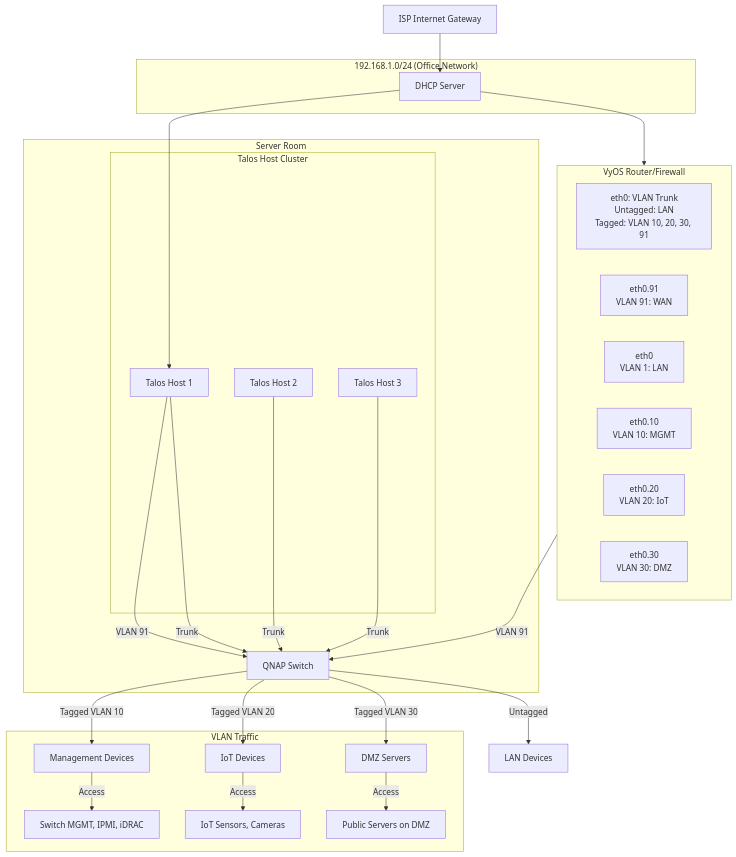
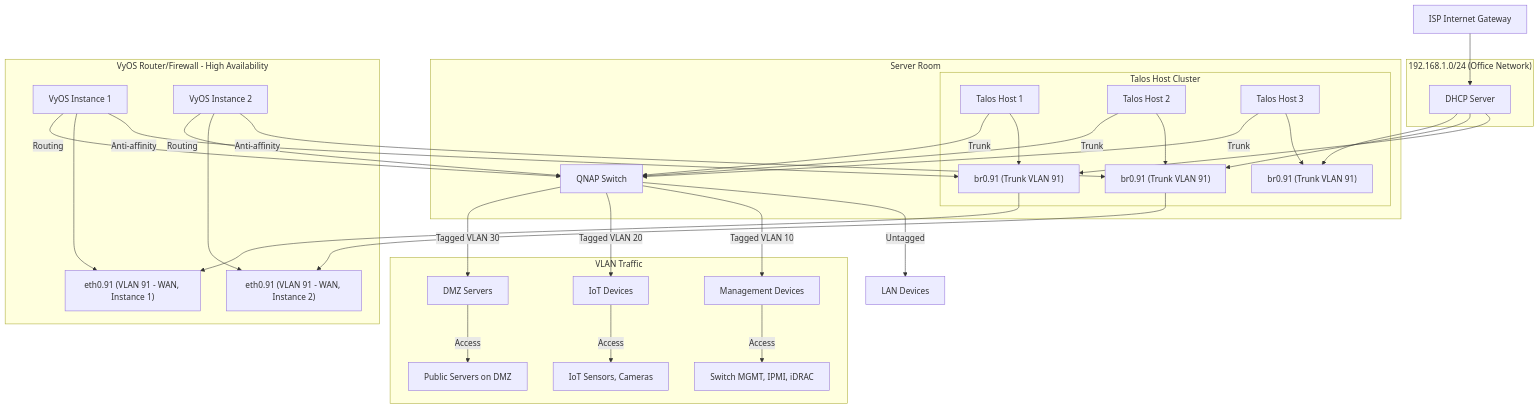
Before and after one commit to ContainerCraft/kc2: the diagram in library/vyos/README.md, drawn with Mermaid. The commit also changed other lines of this file, not shown here.

````diff
--- a/library/vyos/README.md
+++ b/library/vyos/README.md
@@ -110,50 +111,56 @@
 ```mermaid
 graph TD
   subgraph Office_Network["192.168.1.0/24 (Office Network)"]
     DHCP[DHCP Server]
   end
 
   subgraph Server_Room["Server Room"]
     QNAP[QNAP Switch]
+
     subgraph Talos_Host_Cluster["Talos Host Cluster"]
       Talos1["Talos Host 1"]
       Talos2["Talos Host 2"]
       Talos3["Talos Host 3"]
+      Talos1_br0["br0.91 (Trunk VLAN 91)"]
+      Talos2_br0["br0.91 (Trunk VLAN 91)"]
+      Talos3_br0["br0.91 (Trunk VLAN 91)"]
+      Talos1 --> Talos1_br0
+      Talos2 --> Talos2_br0
+      Talos3 --> Talos3_br0
     end
   end
 
-  subgraph VyOS_Router["VyOS Router/Firewall"]
-    eth0[eth0: VLAN Trunk
-Untagged: LAN
-Tagged: VLAN 10, 20, 30, 91]
-    eth0_91[eth0.91
-VLAN 91: WAN]
-    eth0_1[eth0
-VLAN 1: LAN]
-    eth0_10[eth0.10
-VLAN 10: MGMT]
-    eth0_20[eth0.20
-VLAN 20: IoT]
-    eth0_30[eth0.30
-VLAN 30: DMZ]
+  subgraph VyOS_Router_HA["VyOS Router/Firewall - High Availability"]
+    VyOS_VM1["VyOS Instance 1"]
+    VyOS_VM2["VyOS Instance 2"]
+    eth0_91_VM1["eth0.91 (VLAN 91 - WAN, Instance 1)"]
+    eth0_91_VM2["eth0.91 (VLAN 91 - WAN, Instance 2)"]
+    VyOS_VM1 -->|Anti-affinity| Talos1_br0
+    VyOS_VM2 -->|Anti-affinity| Talos2_br0
+    VyOS_VM1 --> eth0_91_VM1
+    VyOS_VM2 --> eth0_91_VM2
+  end
+
+  subgraph VLAN_Traffic["VLAN Traffic"]
+    MGMT -->|Access| MGMT_Devices["Switch MGMT, IPMI, iDRAC"]
+    IoT -->|Access| IoT_Devices["IoT Sensors, Cameras"]
+    DMZ -->|Access| DMZ_VMs["Public Servers on DMZ"]
   end
 
   ISP["ISP Internet Gateway"] --> DHCP
-  DHCP --> Talos1 -->|VLAN 91| QNAP
-  DHCP --> VyOS_Router -->|VLAN 91| QNAP
+  DHCP --> Talos1_br0 --> eth0_91_VM1
+  DHCP --> Talos2_br0 --> eth0_91_VM2
+  DHCP --> Talos3_br0
 
   QNAP -->|Untagged| Server_LAN["LAN Devices"]
   QNAP -->|Tagged VLAN 10| MGMT["Management Devices"]
   QNAP -->|Tagged VLAN 20| IoT["IoT Devices"]
   QNAP -->|Tagged VLAN 30| DMZ["DMZ Servers"]
 
   Talos1 -->|Trunk| QNAP
   Talos2 -->|Trunk| QNAP
   Talos3 -->|Trunk| QNAP
 
-  subgraph VLAN_Traffic["VLAN Traffic"]
-    MGMT -->|Access| MGMT_Devices["Switch MGMT, IPMI, iDRAC"]
-    IoT -->|Access| IoT_Devices["IoT Sensors, Cameras"]
-    DMZ -->|Access| DMZ_VMs["Public Servers on DMZ"]
-  end
+  VyOS_VM1 -->|Routing| QNAP
+  VyOS_VM2 -->|Routing| QNAP
 ```
````
